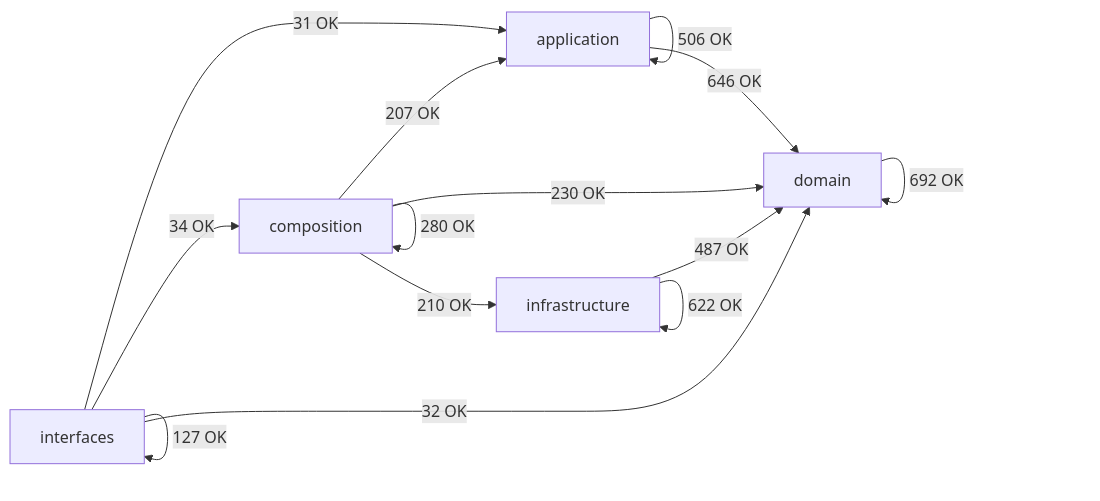
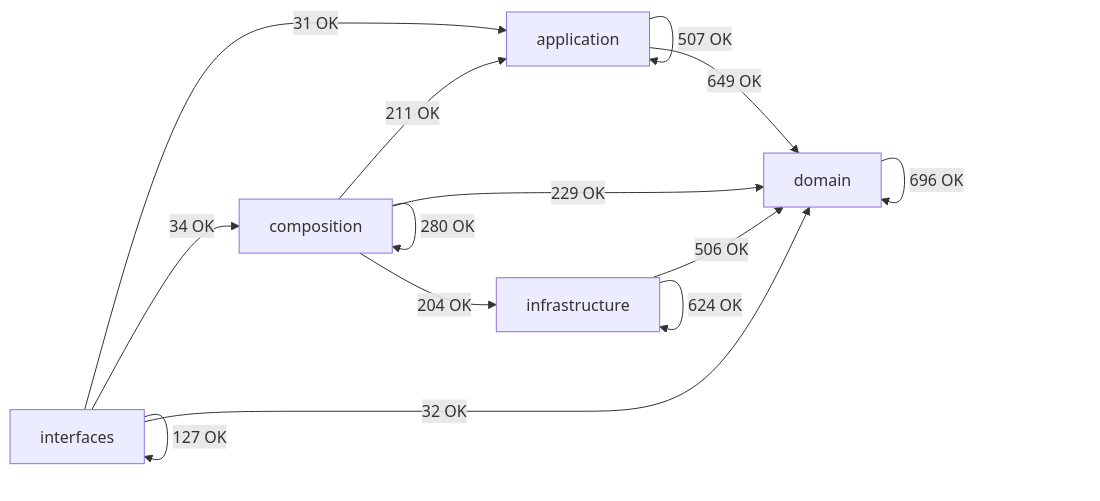
Before and after one commit to SatoryKono/BioactivityDataAcquisition: the diagram in docs/02-architecture/generated/module-dependency-map.md, drawn with Mermaid. The commit also changed other lines of this file and 162 other files, not shown here.

````diff
--- a/docs/02-architecture/generated/module-dependency-map.md
+++ b/docs/02-architecture/generated/module-dependency-map.md
@@ -16,21 +16,21 @@
 ```mermaid
 flowchart LR
     domain[domain]
     application[application]
     infrastructure[infrastructure]
     composition[composition]
     interfaces[interfaces]
-    application -->|506 OK| application
-    application -->|646 OK| domain
-    composition -->|207 OK| application
+    application -->|507 OK| application
+    application -->|649 OK| domain
+    composition -->|211 OK| application
     composition -->|280 OK| composition
-    composition -->|230 OK| domain
-    composition -->|210 OK| infrastructure
-    domain -->|692 OK| domain
-    infrastructure -->|487 OK| domain
-    infrastructure -->|622 OK| infrastructure
+    composition -->|229 OK| domain
+    composition -->|204 OK| infrastructure
+    domain -->|696 OK| domain
+    infrastructure -->|506 OK| domain
+    infrastructure -->|624 OK| infrastructure
     interfaces -->|31 OK| application
     interfaces -->|34 OK| composition
     interfaces -->|32 OK| domain
     interfaces -->|127 OK| interfaces
 ```
````
